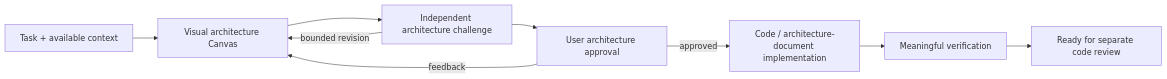
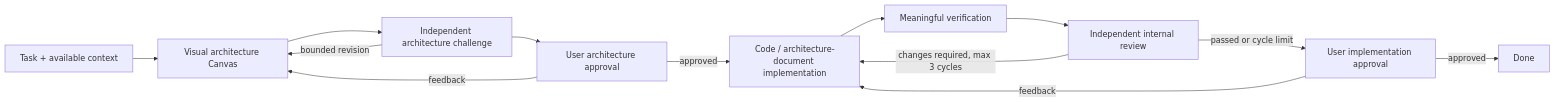
Before and after one commit to MrFlashAccount/UltraSkills: the diagram in workflows/build-it/README.md, drawn with Mermaid. The commit also changed other lines of this file and 9 other files, not shown here.

Commit message:
Add internal review loop to Build It

````diff
--- a/workflows/build-it/README.md
+++ b/workflows/build-it/README.md
@@ -6,11 +7,15 @@
 ```mermaid
 flowchart LR
     Task[Task + available context] --> Design[Visual architecture Canvas]
     Design --> Attack[Independent architecture challenge]
     Attack -->|bounded revision| Design
     Attack --> Approval[User architecture approval]
     Approval -->|feedback| Design
     Approval -->|approved| Build[Code / architecture-document implementation]
     Build --> Verify[Meaningful verification]
-    Verify --> Handoff[Ready for separate code review]
+    Verify --> Review[Independent internal review]
+    Review -->|changes required, max 3 cycles| Build
+    Review -->|passed or cycle limit| ResultApproval[User implementation approval]
+    ResultApproval -->|feedback| Build
+    ResultApproval -->|approved| Done[Done]
 ```
````
